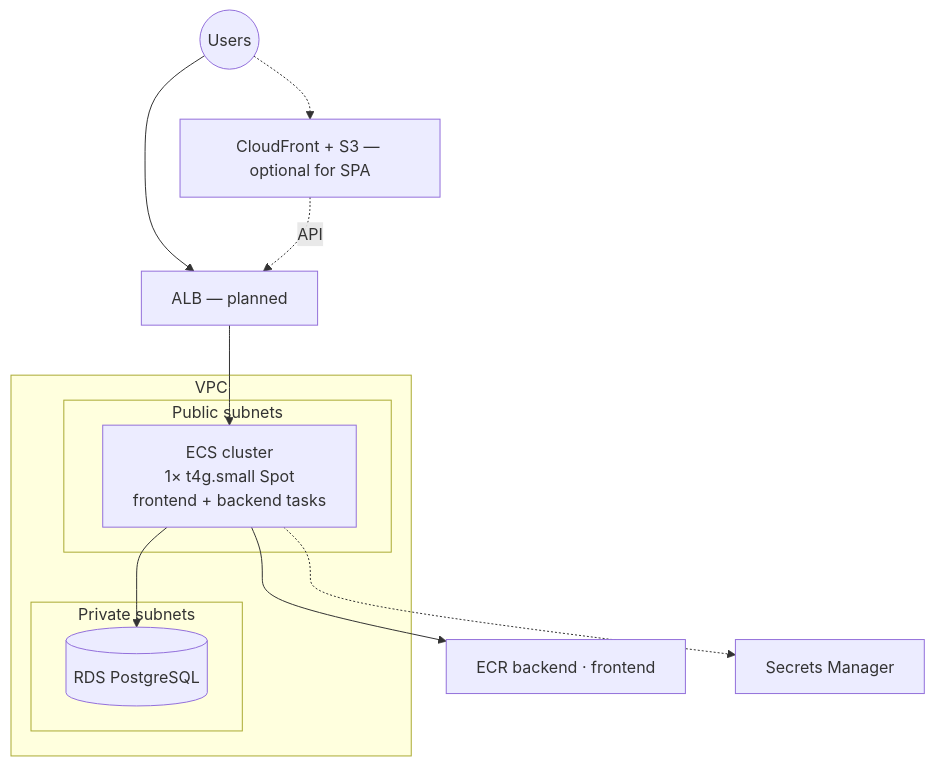
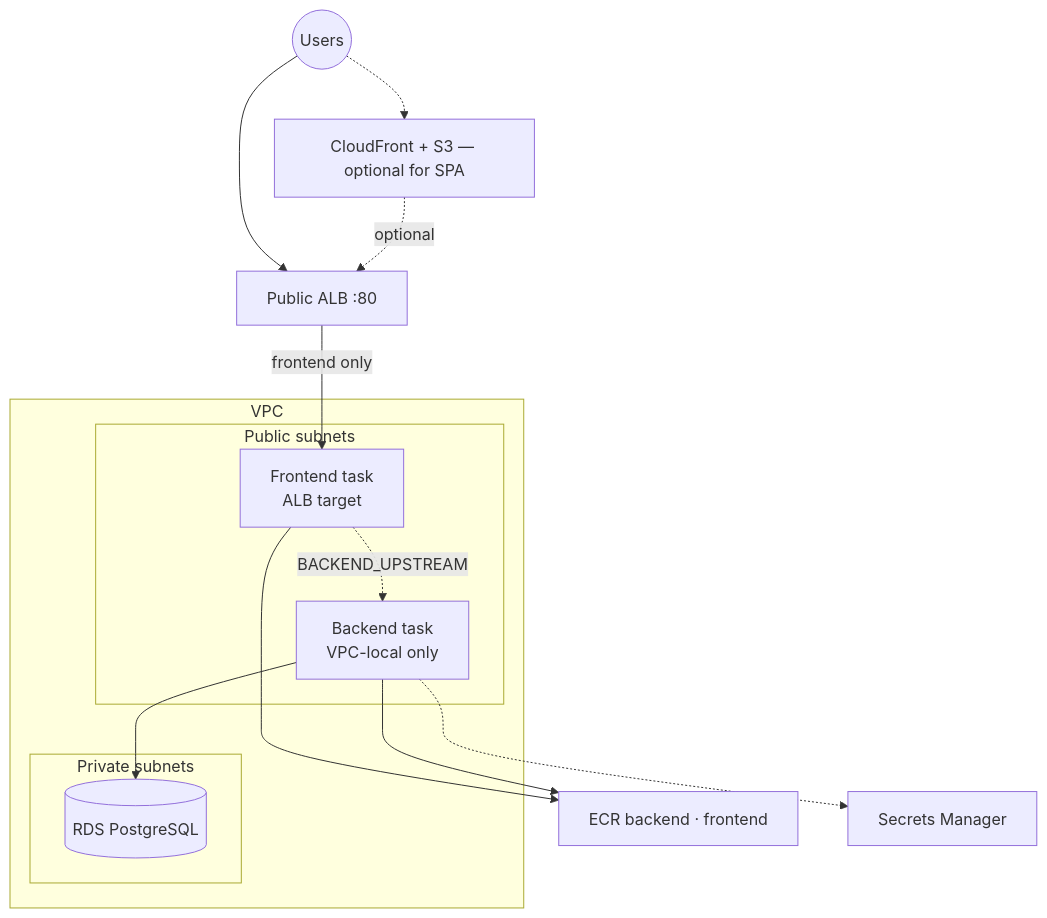
The diagram in docs/architecture-choice-ecs.md (mazarsju/teacher-wang-infra), drawn with Mermaid before and after one commit. The commit also changed other lines of this file and 9 other files, not shown here.

````diff
--- a/docs/architecture-choice-ecs.md
+++ b/docs/architecture-choice-ecs.md
@@ -60,27 +61,30 @@
 ```mermaid
 flowchart TB
   Users((Users))
-  ALB["ALB — planned"]
+  ALB["Public ALB :80"]
   CF["CloudFront + S3 — optional for SPA"]
 
   Users --> ALB
   Users -.-> CF
 
   subgraph VPC["VPC"]
     subgraph Public["Public subnets"]
-      ECS["ECS cluster<br/>1× t4g.small Spot<br/>frontend + backend tasks"]
+      FE["Frontend task<br/>ALB target"]
+      BE["Backend task<br/>VPC-local only"]
     end
     subgraph Private["Private subnets"]
       RDS[(RDS PostgreSQL)]
     end
   end
 
   ECR["ECR backend · frontend"]
   SM["Secrets Manager"]
 
-  ALB --> ECS
-  ECS --> RDS
-  ECS --> ECR
-  ECS -.-> SM
-  CF -.->|API| ALB
+  ALB -->|frontend only| FE
+  FE -.->|BACKEND_UPSTREAM| BE
+  BE --> RDS
+  FE --> ECR
+  BE --> ECR
+  BE -.-> SM
+  CF -.->|optional| ALB
 ```
````
